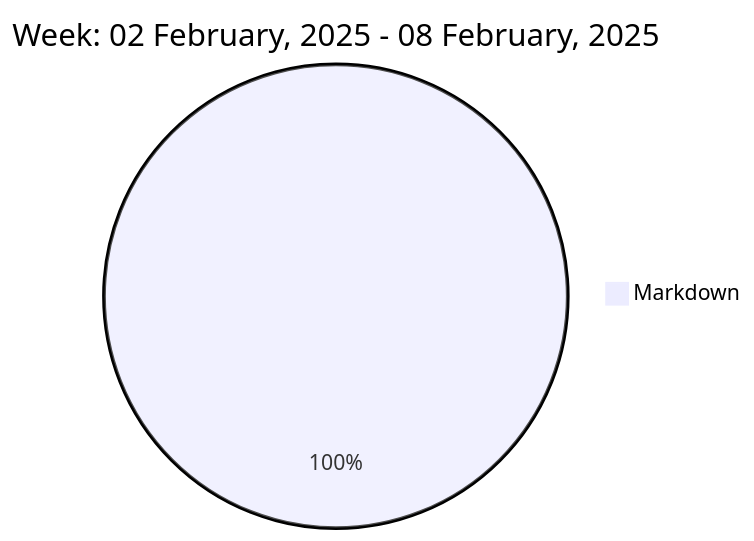
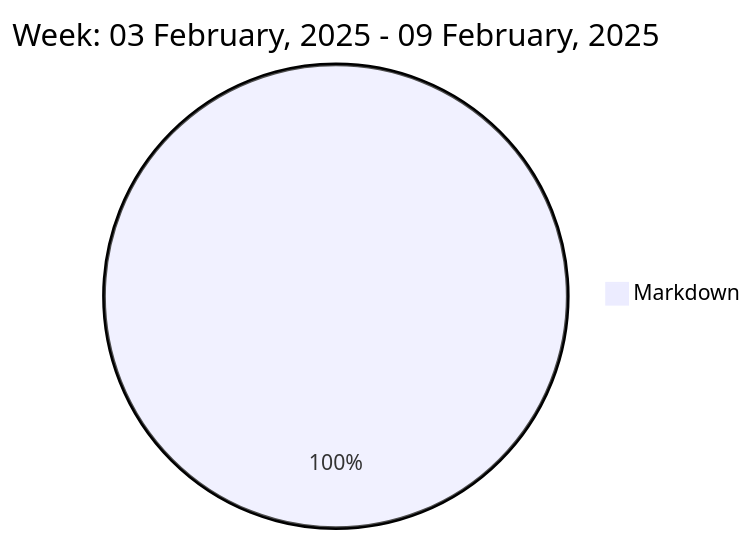
The diagram in README.md (liubin95/liubin95), drawn with Mermaid before and after one commit.

Commit message:
Updated the Graph with new Metrics

````diff
--- a/README.md
+++ b/README.md
@@ -37,5 +37,5 @@
 ```mermaid
  pie
-title Week: 02 February, 2025 - 08 February, 2025
+title Week: 03 February, 2025 - 09 February, 2025
  "Markdown" : 3.02
 ```
````
